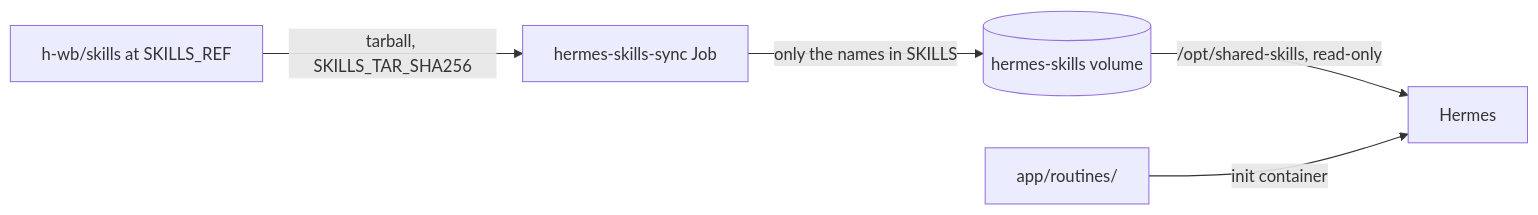
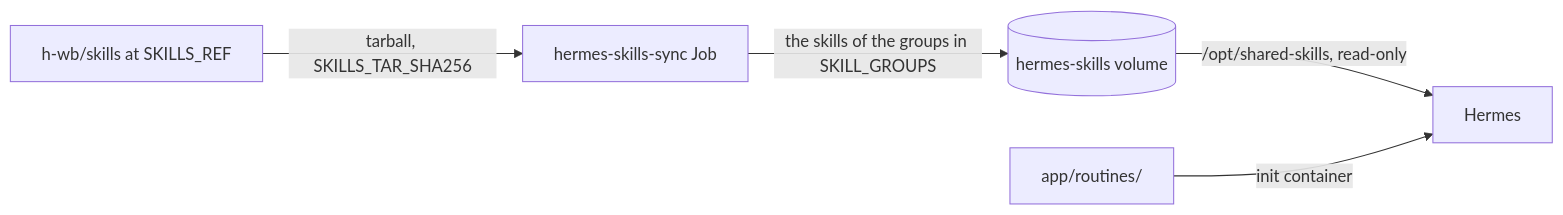
The diagram in kubernetes/apps/main/llm/hermes/README.md (h-wb/home-ops), drawn with Mermaid before and after one commit. The commit also changed other lines of this file and 4 other files, not shown here.

First line of the commit message:
feat(hermes): the skill sync takes groups from h-wb/skills

````diff
--- a/kubernetes/apps/main/llm/hermes/README.md
+++ b/kubernetes/apps/main/llm/hermes/README.md
@@ -115,7 +115,7 @@
 ```mermaid
 flowchart LR
   S["h-wb/skills at SKILLS_REF"] -->|"tarball, SKILLS_TAR_SHA256"| J["hermes-skills-sync Job"]
-  J -->|"only the names in SKILLS"| V[("hermes-skills volume")]
+  J -->|"the skills of the groups in SKILL_GROUPS"| V[("hermes-skills volume")]
   V -->|"/opt/shared-skills, read-only"| H[Hermes]
   R["app/routines/"] -->|init container| H
 ```
````
